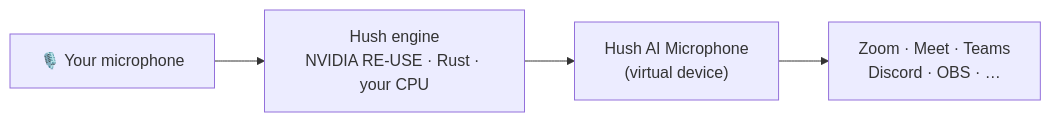
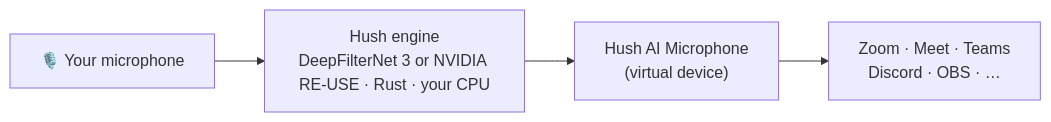
One commit to alshell7/hush-ai changed the diagram in README.md. Above: the diagram before and after it, drawn with Mermaid. The commit also changed other lines of this file and 45 other files, not shown here.

````diff
--- a/README.md
+++ b/README.md
@@ -106,6 +108,6 @@
 ```mermaid
 flowchart LR
-  mic["🎙️ Your microphone"] --> engine["Hush engine<br/>NVIDIA RE-USE · Rust · your CPU"]
+  mic["🎙️ Your microphone"] --> engine["Hush engine<br/>DeepFilterNet 3 or NVIDIA RE-USE · Rust · your CPU"]
   engine --> vmic["Hush AI Microphone<br/>(virtual device)"]
   vmic --> apps["Zoom · Meet · Teams<br/>Discord · OBS · …"]
 ```
````
